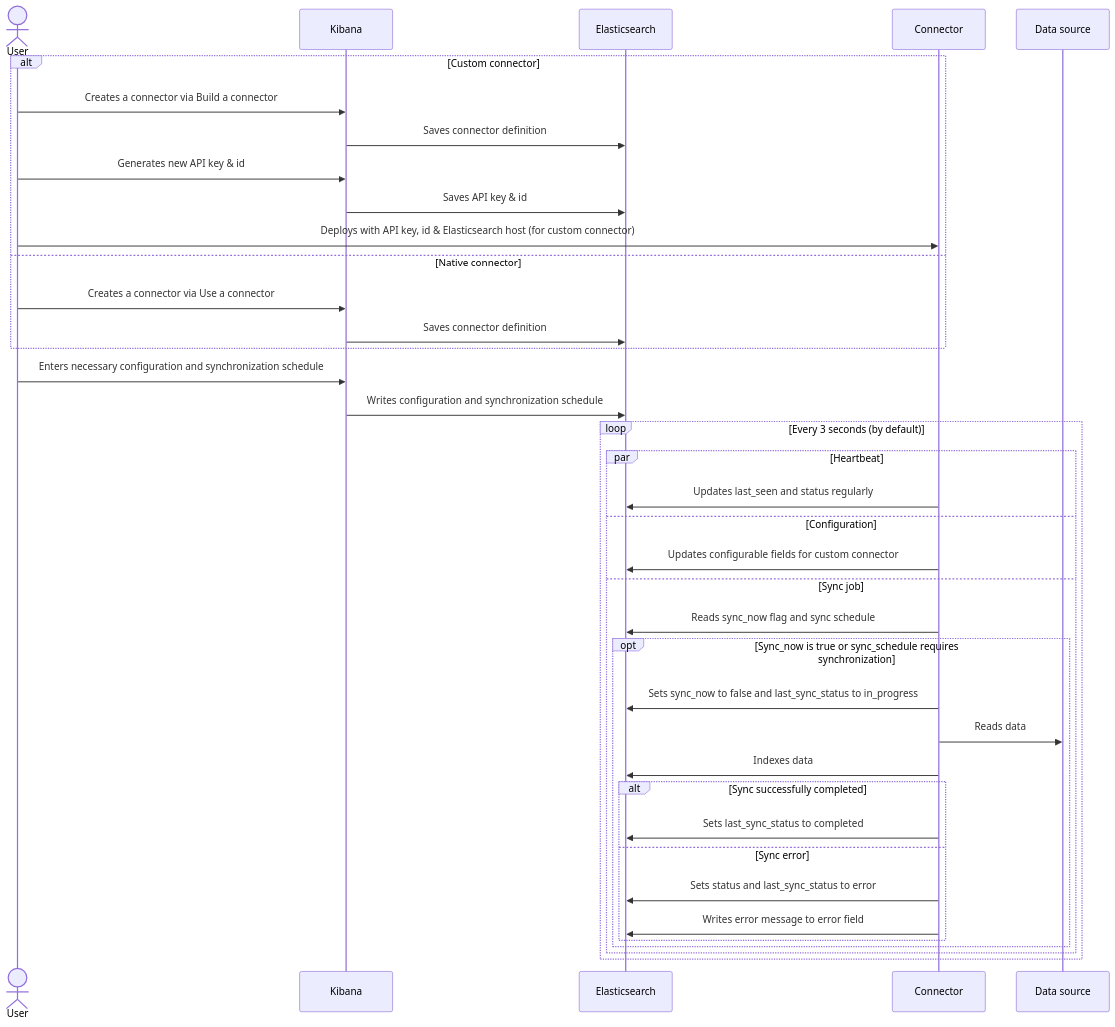
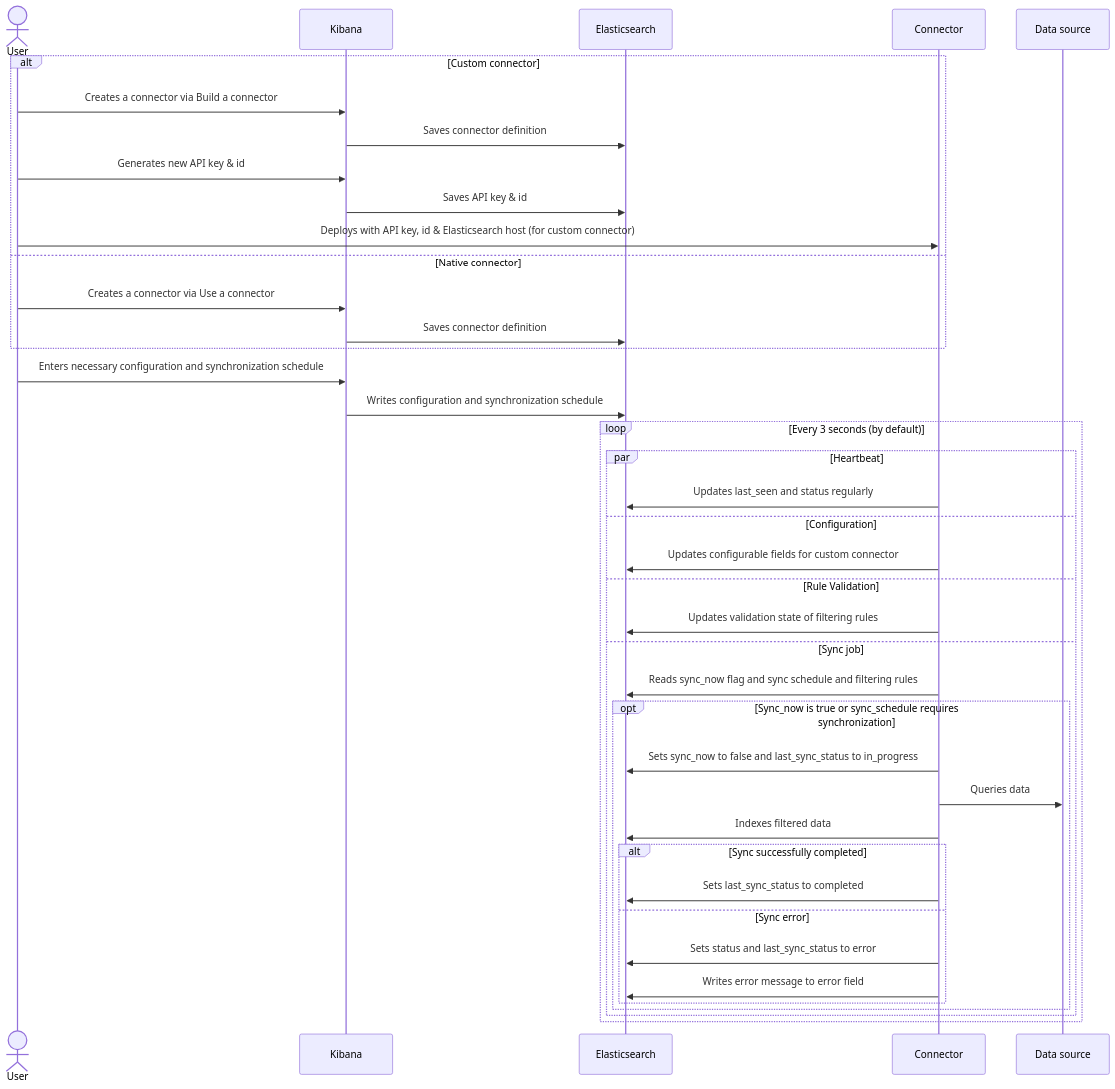
Before and after one commit to elastic/connectors-ruby: the diagram in docs/CONNECTOR_PROTOCOL.md, drawn with Mermaid. The commit also changed other lines of this file, not shown here.

Commit message:
update connector protocol

````diff
--- a/docs/CONNECTOR_PROTOCOL.md
+++ b/docs/CONNECTOR_PROTOCOL.md
@@ -175,40 +362,42 @@
 ```mermaid
 sequenceDiagram
     actor User
     participant Kibana
     participant Elasticsearch
     participant Connector
     participant Data source
     alt Custom connector
         User->>Kibana: Creates a connector via Build a connector
         Kibana->>Elasticsearch: Saves connector definition
         User->>Kibana: Generates new API key & id
         Kibana->>Elasticsearch: Saves API key & id
         User->>Connector: Deploys with API key, id & Elasticsearch host (for custom connector)
     else Native connector
         User->>Kibana: Creates a connector via Use a connector
         Kibana->>Elasticsearch: Saves connector definition
     end
     User->>Kibana: Enters necessary configuration and synchronization schedule
     Kibana->>Elasticsearch: Writes configuration and synchronization schedule
     loop Every 3 seconds (by default)
         par Heartbeat
             Connector->>Elasticsearch: Updates last_seen and status regularly
         and Configuration
             Connector->>Elasticsearch: Updates configurable fields for custom connector
+        and Rule Validation
+            Connector->>Elasticsearch: Updates validation state of filtering rules
         and Sync job
-            Connector->>Elasticsearch: Reads sync_now flag and sync schedule
+            Connector->>Elasticsearch: Reads sync_now flag and sync schedule and filtering rules
             opt Sync_now is true or sync_schedule requires synchronization
                 Connector->>Elasticsearch: Sets sync_now to false and last_sync_status to in_progress
-                Connector->>Data source: Reads data
-                Connector->>Elasticsearch: Indexes data
+                Connector->>Data source: Queries data
+                Connector->>Elasticsearch: Indexes filtered data
                 alt Sync successfully completed
                     Connector->>Elasticsearch: Sets last_sync_status to completed
                 else Sync error
                     Connector->>Elasticsearch: Sets status and last_sync_status to error
                     Connector->>Elasticsearch: Writes error message to error field
                 end
             end
         end
     end
 ```
````
